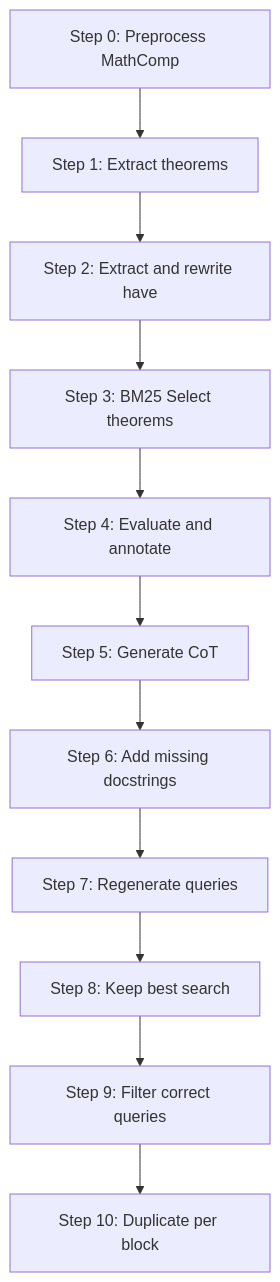
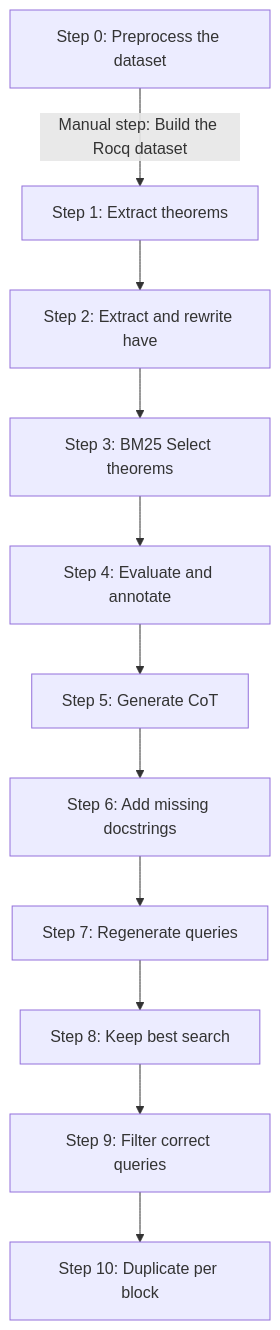
One commit to LLM4Rocq/crrrocq changed the diagram in doc/dataset.md. Above: the diagram before and after it, drawn with Mermaid. The commit also changed other lines of this file and 4 other files, not shown here.

````diff
--- a/doc/dataset.md
+++ b/doc/dataset.md
@@ -12,13 +13,15 @@
 ```mermaid
 flowchart TD
-    A[Step 0: Preprocess MathComp] --> B[Step 1: Extract theorems]
+          A[Step 0: Preprocess the dataset]
+    A -->|Manual step: Build the Rocq dataset|B
+          B[Step 1: Extract theorems]
     B --> C[Step 2: Extract and rewrite have]
     C --> D[Step 3: BM25 Select theorems]
     D --> E[Step 4: Evaluate and annotate]
     E --> F[Step 5: Generate CoT]
     F --> G[Step 6: Add missing docstrings]
     G --> H[Step 7: Regenerate queries]
     H --> I[Step 8: Keep best search]
     I --> J[Step 9: Filter correct queries]
     J --> K[Step 10: Duplicate per block]
 ```
````
